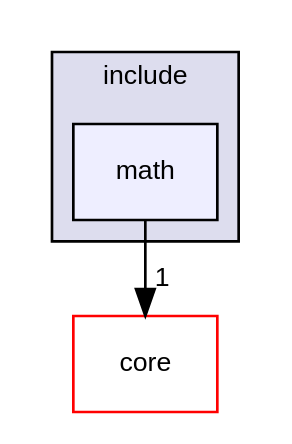
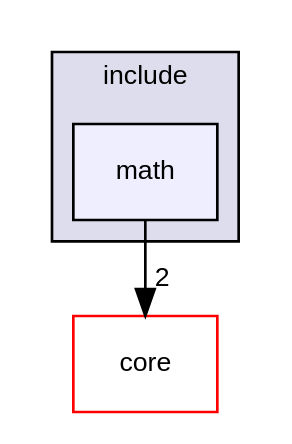
Before and after one commit to YuruTu/NANA: the diagram in docs/dir_25e37a84575eb2688a125a02ece6c264_dep.dot, drawn with Graphviz. The commit also changed 194 other files, not shown here.

```diff
--- a/docs/dir_25e37a84575eb2688a125a02ece6c264_dep.dot
+++ b/docs/dir_25e37a84575eb2688a125a02ece6c264_dep.dot
@@ -1,11 +1,11 @@
 digraph "NANA/modules/math/include/math" {
   compound=true
   node [ fontsize="10", fontname="Helvetica"];
   edge [ labelfontsize="10", labelfontname="Helvetica"];
   subgraph clusterdir_ae521b40900f65e001f9918ef6cf05b7 {
     graph [ bgcolor="#ddddee", pencolor="black", label="include" fontname="Helvetica", fontsize="10", URL="dir_ae521b40900f65e001f9918ef6cf05b7.html"]
   dir_25e37a84575eb2688a125a02ece6c264 [shape=box, label="math", style="filled", fillcolor="#eeeeff", pencolor="black", URL="dir_25e37a84575eb2688a125a02ece6c264.html"];
   }
   dir_c3e203e05606b384f5fc9d03652c3ac7 [shape=box label="core" fillcolor="white" style="filled" color="red" URL="dir_c3e203e05606b384f5fc9d03652c3ac7.html"];
-  dir_25e37a84575eb2688a125a02ece6c264->dir_c3e203e05606b384f5fc9d03652c3ac7 [headlabel="1", labeldistance=1.5 headhref="dir_000015_000006.html"];
+  dir_25e37a84575eb2688a125a02ece6c264->dir_c3e203e05606b384f5fc9d03652c3ac7 [headlabel="2", labeldistance=1.5 headhref="dir_000015_000006.html"];
 }
```
